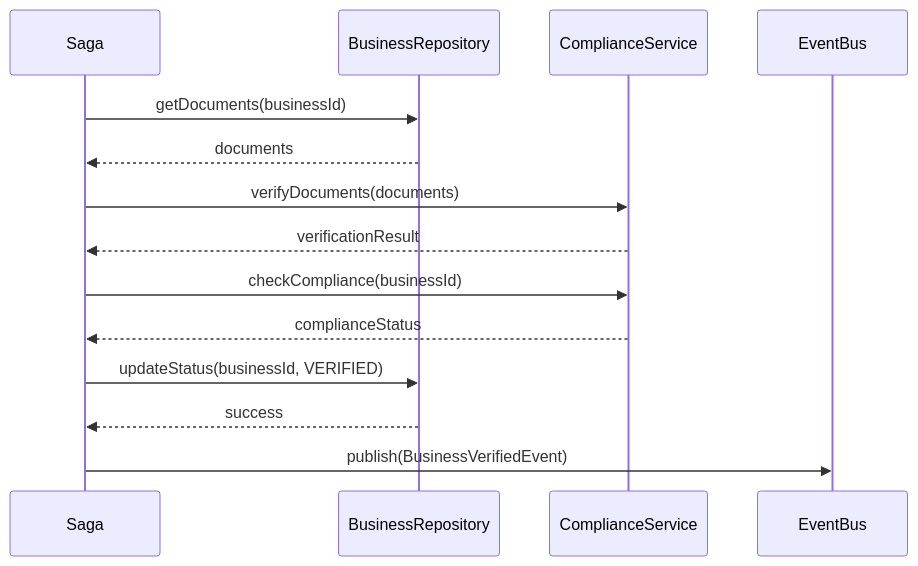
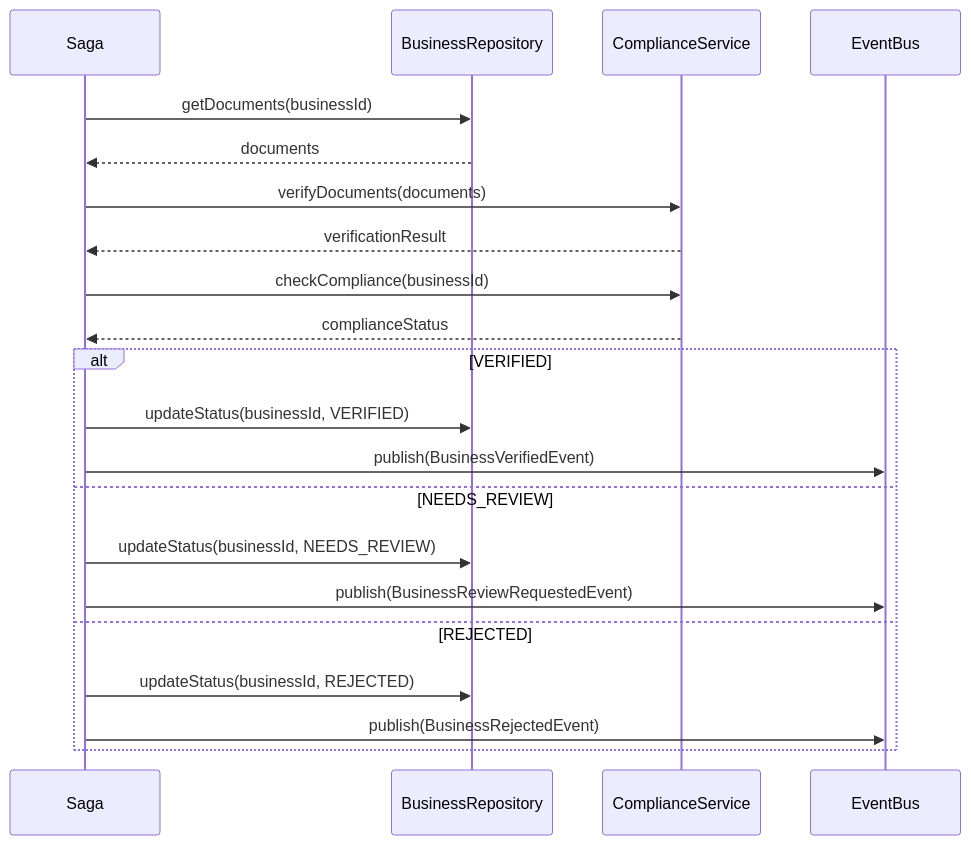
The diagram in services/business-registry-service/docs/modeling/sequence/business-verification-saga.mmd (maysar-014/maysar-express-backend), drawn with Mermaid before and after one commit.

```diff
--- a/services/business-registry-service/docs/modeling/sequence/business-verification-saga.mmd
+++ b/services/business-registry-service/docs/modeling/sequence/business-verification-saga.mmd
@@ -1,19 +1,25 @@
 sequenceDiagram
     participant Saga
     participant BR as BusinessRepository
     participant CS as ComplianceService
     participant EB as EventBus
 
     Saga->>BR: getDocuments(businessId)
     BR-->>Saga: documents
     
     Saga->>CS: verifyDocuments(documents)
     CS-->>Saga: verificationResult
     
     Saga->>CS: checkCompliance(businessId)
     CS-->>Saga: complianceStatus
-    
-    Saga->>BR: updateStatus(businessId, VERIFIED)
-    BR-->>Saga: success
-    
-    Saga->>EB: publish(BusinessVerifiedEvent)
+
+    alt VERIFIED
+        Saga->>BR: updateStatus(businessId, VERIFIED)
+        Saga->>EB: publish(BusinessVerifiedEvent)
+    else NEEDS_REVIEW
+        Saga->>BR: updateStatus(businessId, NEEDS_REVIEW)
+        Saga->>EB: publish(BusinessReviewRequestedEvent)
+    else REJECTED
+        Saga->>BR: updateStatus(businessId, REJECTED)
+        Saga->>EB: publish(BusinessRejectedEvent)
+    end
```
